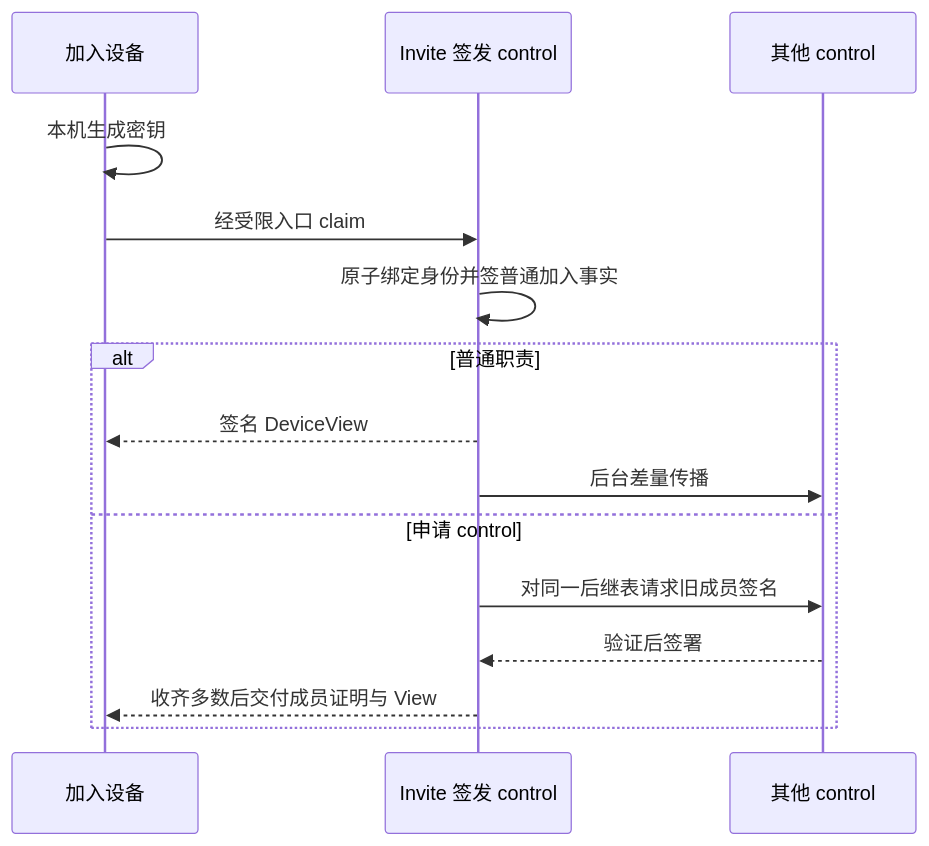
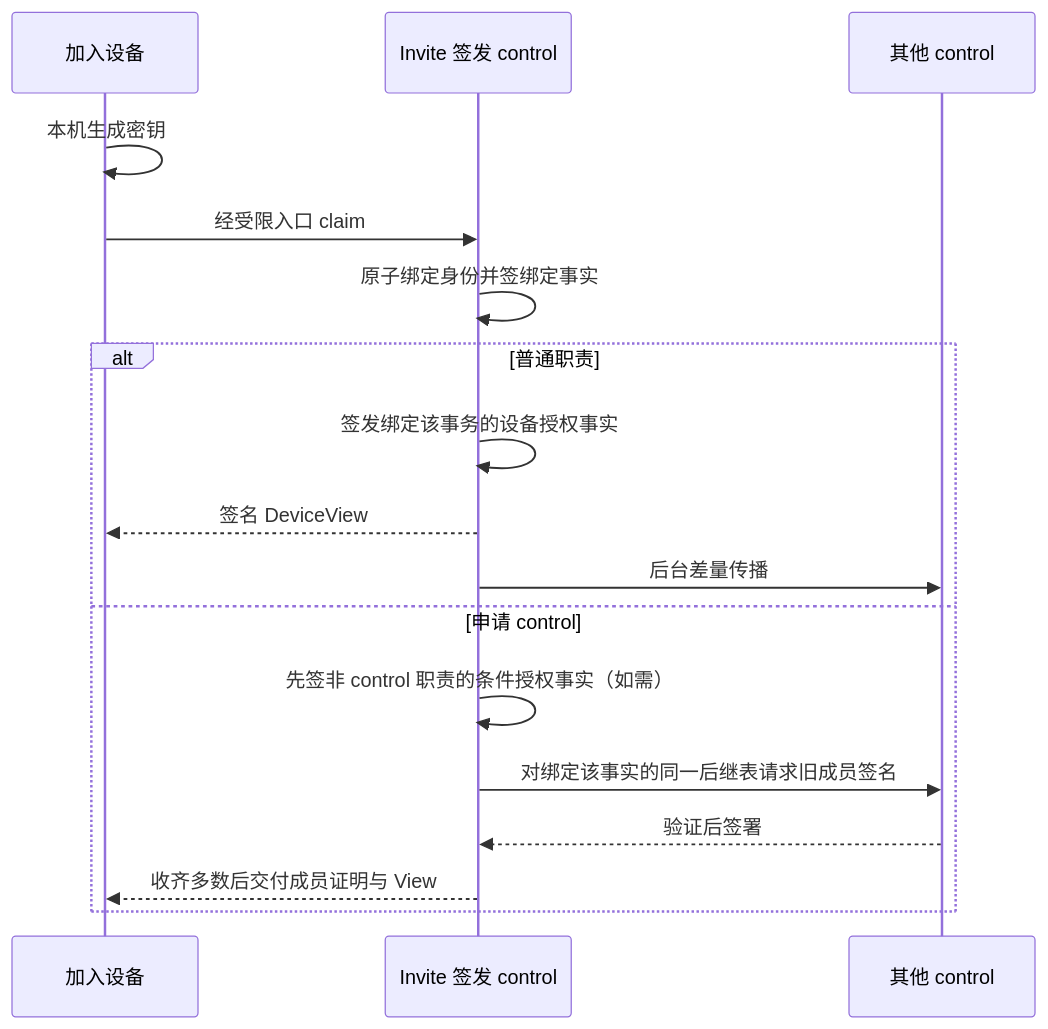
Before and after one commit to Scisaga/loom: the fourth of 7 diagrams in docs/core/control-model.md, drawn with Mermaid. The commit also changed other lines of this file and 8 other files, not shown here.

````diff
--- a/docs/core/control-model.md
+++ b/docs/core/control-model.md
@@ -144,17 +230,19 @@
 ```mermaid
 sequenceDiagram
     participant D as 加入设备
     participant I as Invite 签发 control
     participant C as 其他 control
     D->>D: 本机生成密钥
     D->>I: 经受限入口 claim
-    I->>I: 原子绑定身份并签普通加入事实
+    I->>I: 原子绑定身份并签绑定事实
     alt 普通职责
+        I->>I: 签发绑定该事务的设备授权事实
         I-->>D: 签名 DeviceView
         I->>C: 后台差量传播
     else 申请 control
-        I->>C: 对同一后继表请求旧成员签名
+        I->>I: 先签非 control 职责的条件授权事实（如需）
+        I->>C: 对绑定该事实的同一后继表请求旧成员签名
         C-->>I: 验证后签署
         I-->>D: 收齐多数后交付成员证明与 View
     end
 ```
````
